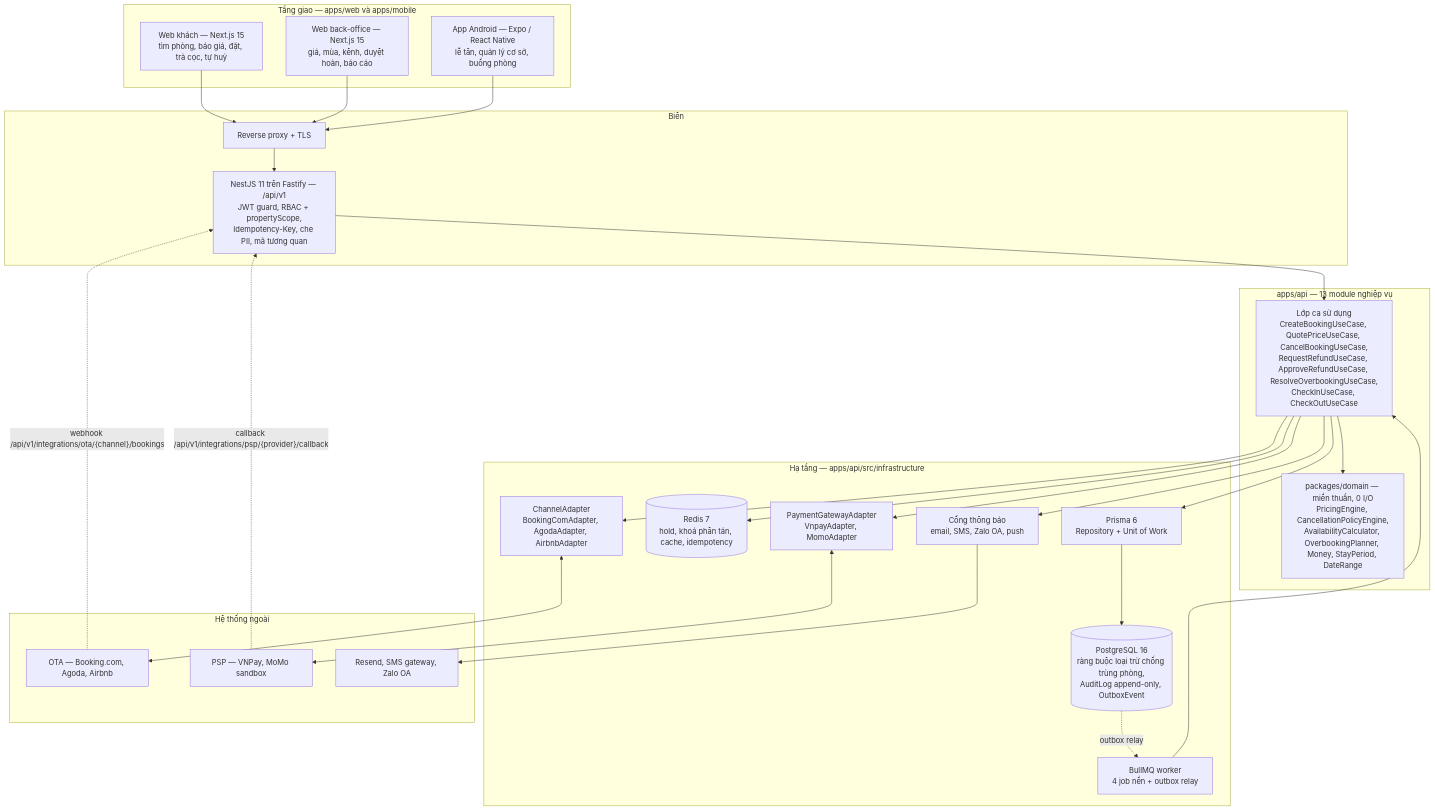
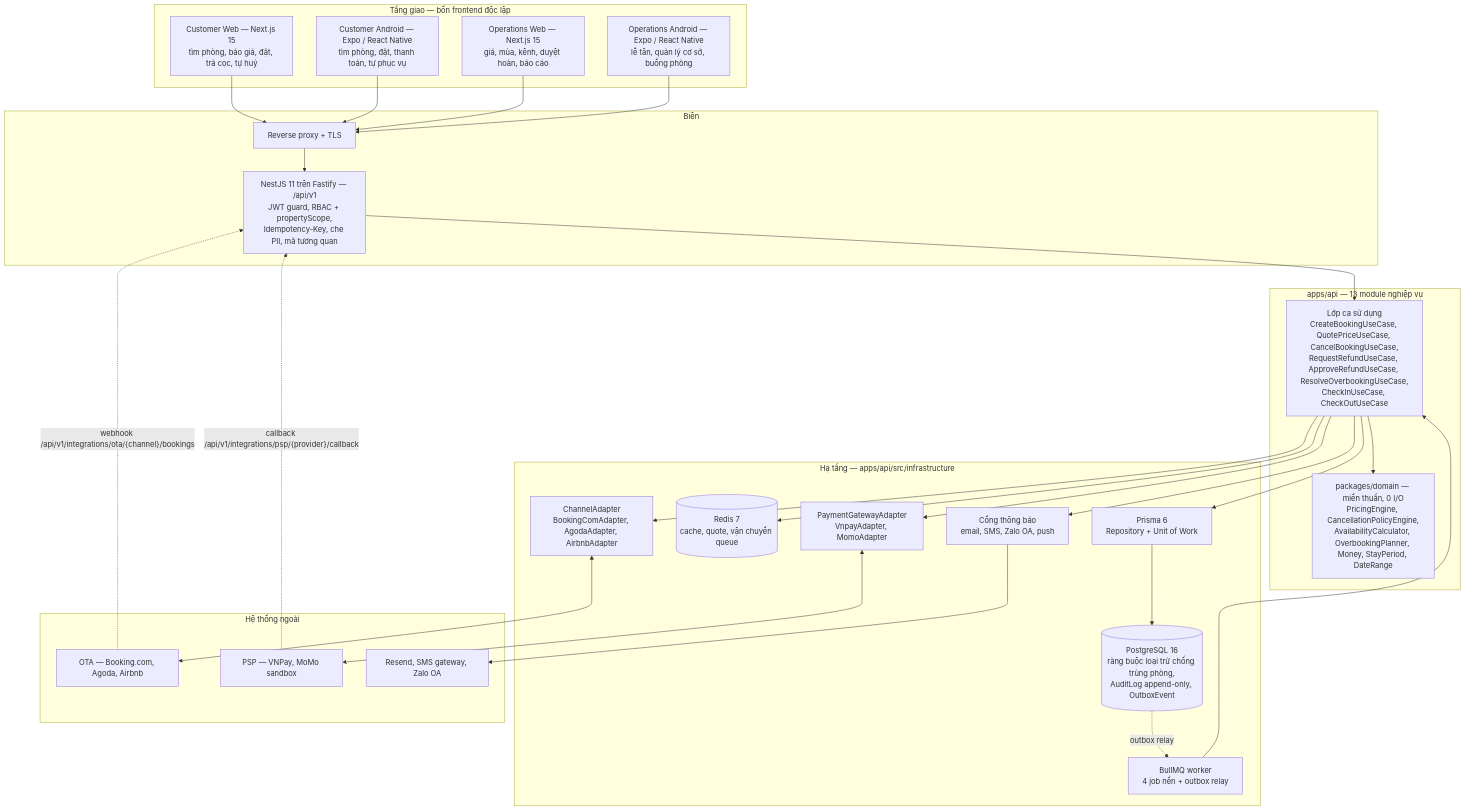
Before and after one commit to minhtuluc/HotelBuild: the first of 3 diagrams in docs/04-thiet-ke/kien-truc.md, drawn with Mermaid. The commit also changed other lines of this file and 45 other files, not shown here.

````diff
--- a/docs/04-thiet-ke/kien-truc.md
+++ b/docs/04-thiet-ke/kien-truc.md
@@ -28,54 +28,56 @@
 ```mermaid
 flowchart TB
-  subgraph CLIENT["Tầng giao — apps/web và apps/mobile"]
-    GUEST["Web khách — Next.js 15<br/>tìm phòng, báo giá, đặt, trả cọc, tự huỷ"]
-    ADMIN["Web back-office — Next.js 15<br/>giá, mùa, kênh, duyệt hoàn, báo cáo"]
-    MOBILE["App Android — Expo / React Native<br/>lễ tân, quản lý cơ sở, buồng phòng"]
+  subgraph CLIENT["Tầng giao — bốn frontend độc lập"]
+    GUESTWEB["Customer Web — Next.js 15<br/>tìm phòng, báo giá, đặt, trả cọc, tự huỷ"]
+    GUESTANDROID["Customer Android — Expo / React Native<br/>tìm phòng, đặt, thanh toán, tự phục vụ"]
+    OPSWEB["Operations Web — Next.js 15<br/>giá, mùa, kênh, duyệt hoàn, báo cáo"]
+    OPSANDROID["Operations Android — Expo / React Native<br/>lễ tân, quản lý cơ sở, buồng phòng"]
   end
 
   subgraph EDGE["Biên"]
     RP["Reverse proxy + TLS"]
     APIGW["NestJS 11 trên Fastify — /api/v1<br/>JWT guard, RBAC + propertyScope,<br/>Idempotency-Key, che PII, mã tương quan"]
   end
 
   subgraph CORE["apps/api — 13 module nghiệp vụ"]
     UC["Lớp ca sử dụng<br/>CreateBookingUseCase, QuotePriceUseCase, CancelBookingUseCase,<br/>RequestRefundUseCase, ApproveRefundUseCase, ResolveOverbookingUseCase,<br/>CheckInUseCase, CheckOutUseCase"]
     DOM["packages/domain — miền thuần, 0 I/O<br/>PricingEngine, CancellationPolicyEngine,<br/>AvailabilityCalculator, OverbookingPlanner, Money, StayPeriod, DateRange"]
   end
 
   subgraph INFRA["Hạ tầng — apps/api/src/infrastructure"]
     REPO["Prisma 6<br/>Repository + Unit of Work"]
     PG[("PostgreSQL 16<br/>ràng buộc loại trừ chống trùng phòng,<br/>AuditLog append-only, OutboxEvent")]
-    REDIS[("Redis 7<br/>hold, khoá phân tán, cache, idempotency")]
+    REDIS[("Redis 7<br/>cache, quote, vận chuyển queue")]
     QUEUE["BullMQ worker<br/>4 job nền + outbox relay"]
     OTAAD["ChannelAdapter<br/>BookingComAdapter, AgodaAdapter, AirbnbAdapter"]
     PSPAD["PaymentGatewayAdapter<br/>VnpayAdapter, MomoAdapter"]
     NOTIAD["Cổng thông báo<br/>email, SMS, Zalo OA, push"]
   end
 
   subgraph EXT["Hệ thống ngoài"]
     OTA["OTA — Booking.com, Agoda, Airbnb"]
     PSP["PSP — VNPay, MoMo sandbox"]
     NPROV["Resend, SMS gateway, Zalo OA"]
   end
 
-  GUEST --> RP
-  ADMIN --> RP
-  MOBILE --> RP
+  GUESTWEB --> RP
+  GUESTANDROID --> RP
+  OPSWEB --> RP
+  OPSANDROID --> RP
   RP --> APIGW
   APIGW --> UC
   UC --> DOM
   UC --> REPO
   UC --> REDIS
   UC --> OTAAD
   UC --> PSPAD
   UC --> NOTIAD
   REPO --> PG
   QUEUE --> UC
   PG -. outbox relay .-> QUEUE
   OTAAD <--> OTA
   PSPAD <--> PSP
   NOTIAD --> NPROV
   OTA -. "webhook /api/v1/integrations/ota/{channel}/bookings" .-> APIGW
   PSP -. "callback /api/v1/integrations/psp/{provider}/callback" .-> APIGW
 ```
````
